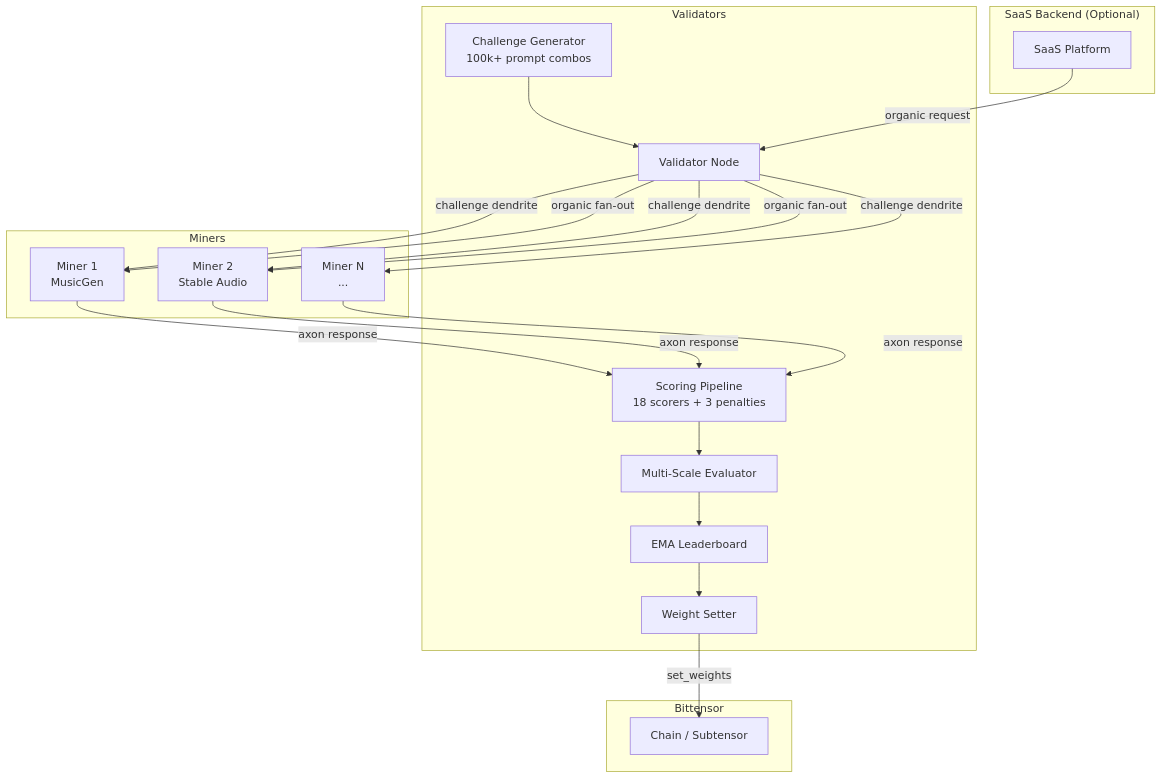
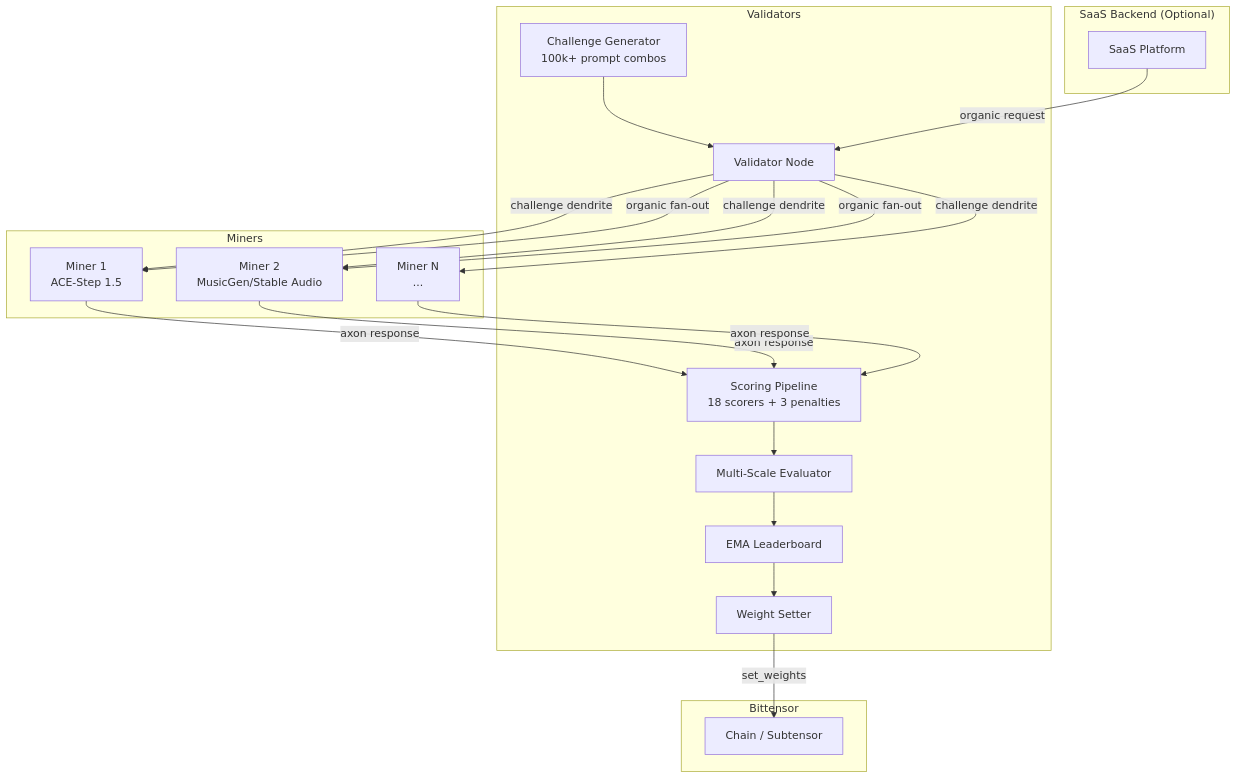
Before and after one commit to borgg-dev/tuneforge: the first of 2 diagrams in README.md, drawn with Mermaid. The commit also changed other lines of this file and 1 other file, not shown here.

First line of the commit message:
Update documentation for ACE-Step 1.5 as default miner model

````diff
--- a/README.md
+++ b/README.md
@@ -36,41 +36,41 @@
 ```mermaid
 graph TB
     subgraph Validators
         V[Validator Node]
         CG[Challenge Generator<br/>100k+ prompt combos]
         SC[Scoring Pipeline<br/>18 scorers + 3 penalties]
         MS[Multi-Scale Evaluator]
         LB[EMA Leaderboard]
         WS[Weight Setter]
     end
 
     subgraph Miners
-        M1[Miner 1<br/>MusicGen]
-        M2[Miner 2<br/>Stable Audio]
+        M1[Miner 1<br/>ACE-Step 1.5]
+        M2[Miner 2<br/>MusicGen/Stable Audio]
         M3[Miner N<br/>...]
     end
 
     subgraph "SaaS Backend (Optional)"
         API[SaaS Platform]
     end
 
     subgraph Bittensor
         CH[Chain / Subtensor]
     end
 
     V -->|challenge dendrite| M1
     V -->|challenge dendrite| M2
     V -->|challenge dendrite| M3
     M1 -->|axon response| SC
     M2 -->|axon response| SC
     M3 -->|axon response| SC
     CG --> V
     SC --> MS
     MS --> LB
     LB --> WS
     WS -->|set_weights| CH
 
     API -->|organic request| V
     V -->|organic fan-out| M1
     V -->|organic fan-out| M2
 ```
````
